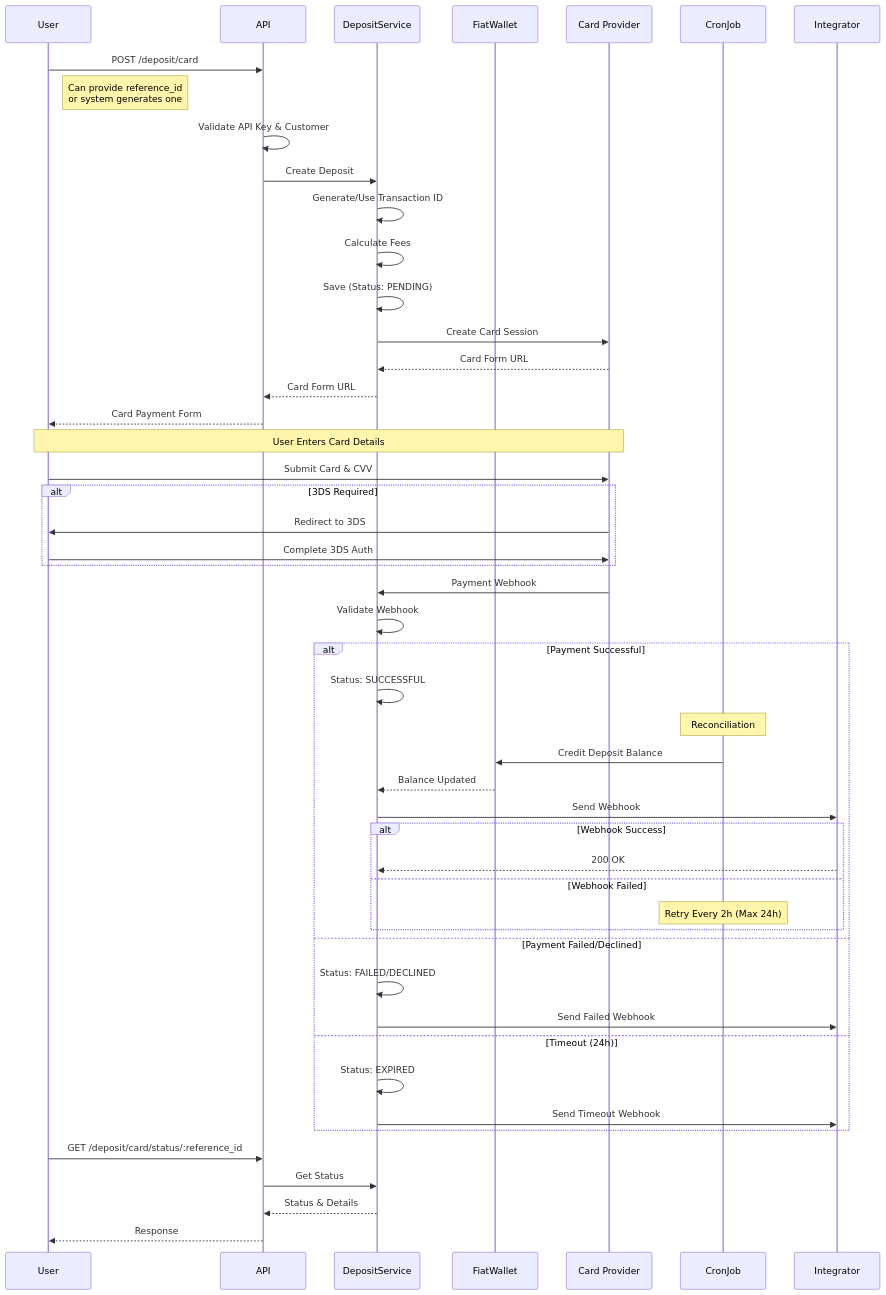
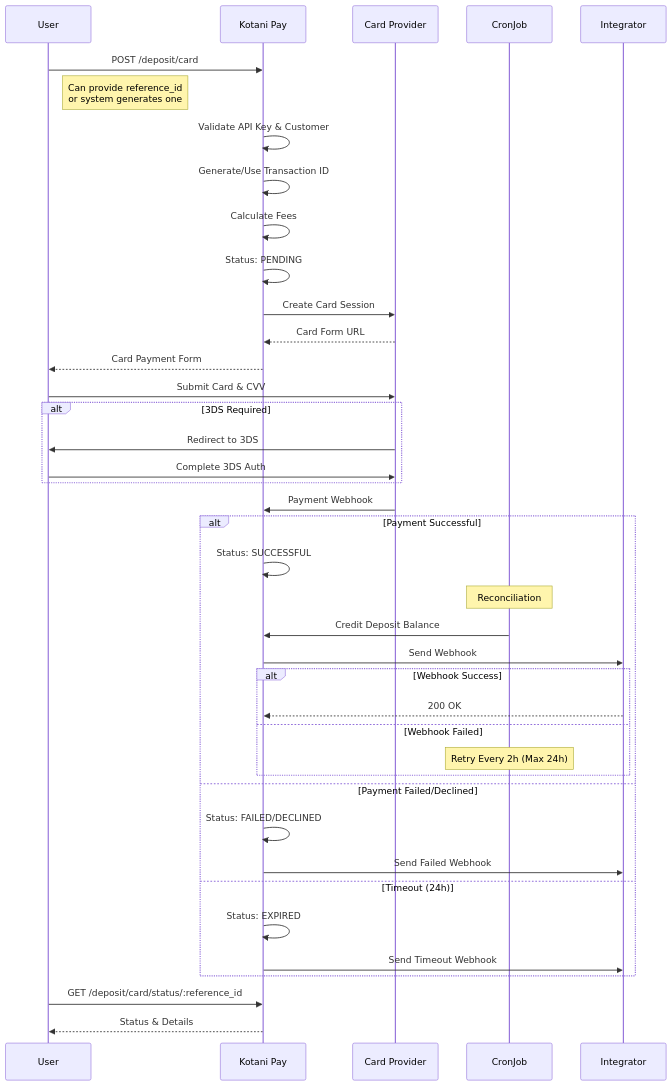
One commit to john-muinde/docs changed the third of 3 diagrams in v3/flows/deposit-flow.mdx. Above: the diagram before and after it, drawn with Mermaid. The commit also changed other lines of this file and 5 other files, not shown here.

````diff
--- a/v3/flows/deposit-flow.mdx
+++ b/v3/flows/deposit-flow.mdx
@@ -177,62 +156,52 @@
 ```mermaid
 sequenceDiagram
     participant User
-    participant API
-    participant DepositService
-    participant FiatWallet
-    participant Provider as Card Provider
+    participant Kotani Pay
+    participant Card as Card Provider
     participant CronJob
     participant Integrator
 
-    User->>API: POST /deposit/card
+    User->>Kotani Pay: POST /deposit/card
     Note right of User: Can provide reference_id<br/>or system generates one
-    API->>API: Validate API Key & Customer
-    API->>DepositService: Create Deposit
+    Kotani Pay->>Kotani Pay: Validate API Key & Customer
+    Kotani Pay->>Kotani Pay: Generate/Use Transaction ID
+    Kotani Pay->>Kotani Pay: Calculate Fees
+    Kotani Pay->>Kotani Pay: Status: PENDING
 
-    DepositService->>DepositService: Generate/Use Transaction ID
-    DepositService->>DepositService: Calculate Fees
-    DepositService->>DepositService: Save (Status: PENDING)
+    Kotani Pay->>Card: Create Card Session
+    Card-->>Kotani Pay: Card Form URL
+    Kotani Pay-->>User: Card Payment Form
 
-    DepositService->>Provider: Create Card Session
-    Provider-->>DepositService: Card Form URL
-    DepositService-->>API: Card Form URL
-    API-->>User: Card Payment Form
-
-    Note over User,Provider: User Enters Card Details
-    User->>Provider: Submit Card & CVV
+    User->>Card: Submit Card & CVV
 
     alt 3DS Required
-        Provider->>User: Redirect to 3DS
-        User->>Provider: Complete 3DS Auth
+        Card->>User: Redirect to 3DS
+        User->>Card: Complete 3DS Auth
     end
 
-    Provider->>DepositService: Payment Webhook
-    DepositService->>DepositService: Validate Webhook
+    Card->>Kotani Pay: Payment Webhook
 
     alt Payment Successful
-        DepositService->>DepositService: Status: SUCCESSFUL
+        Kotani Pay->>Kotani Pay: Status: SUCCESSFUL
         Note over CronJob: Reconciliation
-        CronJob->>FiatWallet: Credit Deposit Balance
-        FiatWallet-->>DepositService: Balance Updated
+        CronJob->>Kotani Pay: Credit Deposit Balance
 
-        DepositService->>Integrator: Send Webhook
+        Kotani Pay->>Integrator: Send Webhook
         alt Webhook Success
-            Integrator-->>DepositService: 200 OK
+            Integrator-->>Kotani Pay: 200 OK
         else Webhook Failed
             Note over CronJob: Retry Every 2h (Max 24h)
         end
 
     else Payment Failed/Declined
-        DepositService->>DepositService: Status: FAILED/DECLINED
-        DepositService->>Integrator: Send Failed Webhook
+        Kotani Pay->>Kotani Pay: Status: FAILED/DECLINED
+        Kotani Pay->>Integrator: Send Failed Webhook
 
     else Timeout (24h)
-        DepositService->>DepositService: Status: EXPIRED
-        DepositService->>Integrator: Send Timeout Webhook
+        Kotani Pay->>Kotani Pay: Status: EXPIRED
+        Kotani Pay->>Integrator: Send Timeout Webhook
     end
 
-    User->>API: GET /deposit/card/status/:reference_id
-    API->>DepositService: Get Status
-    DepositService-->>API: Status & Details
-    API-->>User: Response
+    User->>Kotani Pay: GET /deposit/card/status/:reference_id
+    Kotani Pay-->>User: Status & Details
 ```
````
